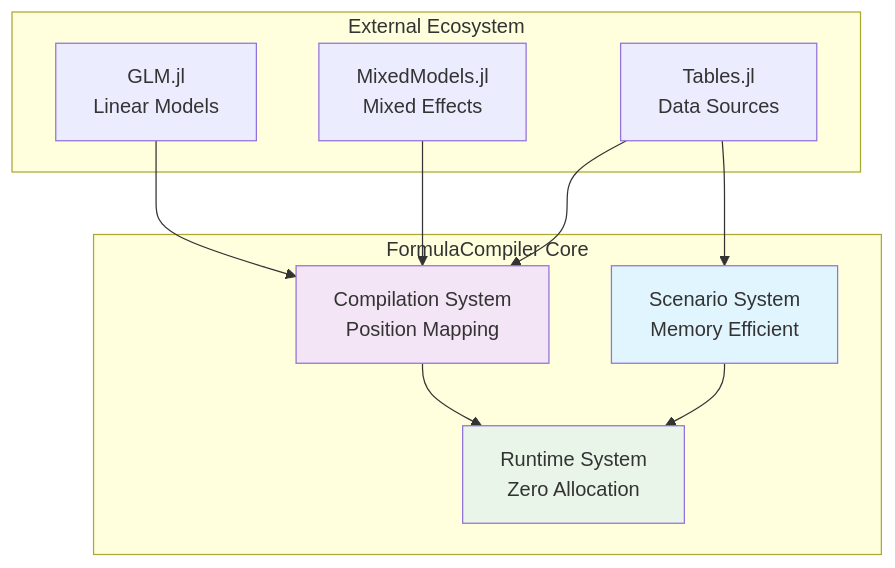
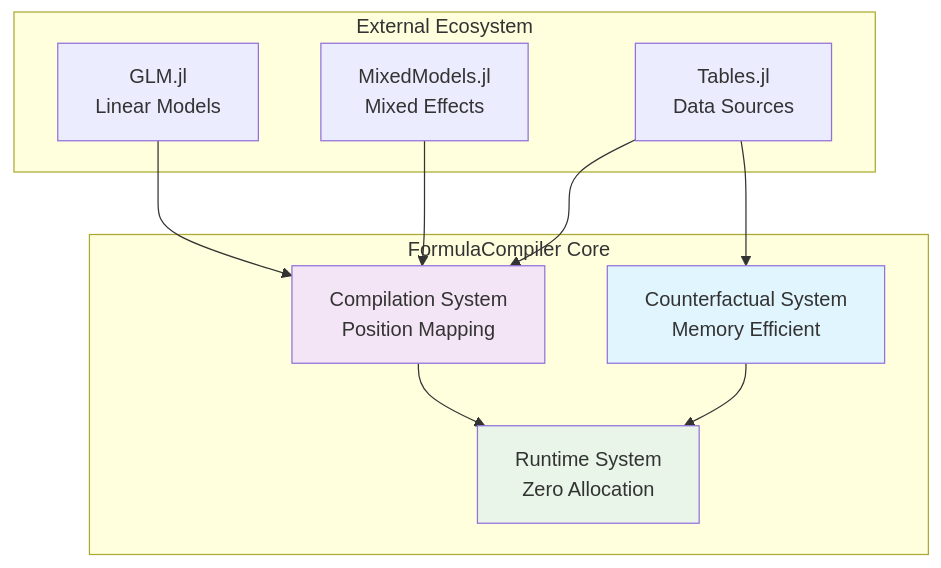
One commit to emfeltham/FormulaCompiler.jl changed the diagram in docs/diagrams/system_architecture_simple.mmd. Above: the diagram before and after it, drawn with Mermaid.

Commit message:
docs: diagrams

```diff
--- a/docs/diagrams/system_architecture_simple.mmd
+++ b/docs/diagrams/system_architecture_simple.mmd
@@ -1,23 +1,23 @@
 graph TB
     subgraph "External Ecosystem"
         GLM[GLM.jl<br/>Linear Models]
         MM[MixedModels.jl<br/>Mixed Effects]  
         Data[Tables.jl<br/>Data Sources]
     end
     
     subgraph "FormulaCompiler Core"
         Comp[Compilation System<br/>Position Mapping]
         Exec[Runtime System<br/>Zero Allocation]
-        Scen[Scenario System<br/>Memory Efficient]
+        Scen[Counterfactual System<br/>Memory Efficient]
     end
     
     GLM --> Comp
     MM --> Comp
     Data --> Comp
     Comp --> Exec
     Data --> Scen
     Scen --> Exec
     
     style Comp fill:#f3e5f5
     style Exec fill:#e8f5e8  
     style Scen fill:#e1f5fe
```
